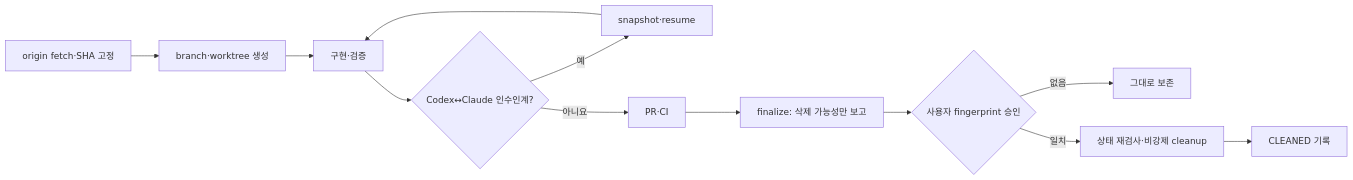
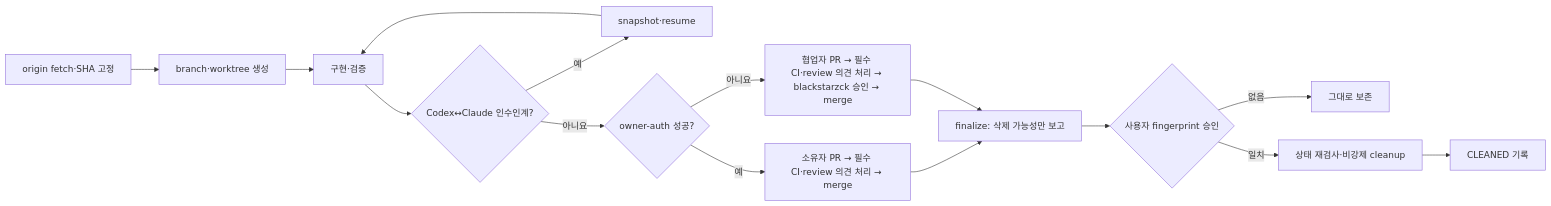
One commit to blackstarzck/topik-project-v13 changed the diagram in docs/qa/reports/2026-07-21-ai-development-pipeline-implementation.md. Above: the diagram before and after it, drawn with Mermaid. The commit also changed other lines of this file and 12 other files, not shown here.

````diff
--- a/docs/qa/reports/2026-07-21-ai-development-pipeline-implementation.md
+++ b/docs/qa/reports/2026-07-21-ai-development-pipeline-implementation.md
@@ -29,14 +32,17 @@
 ```mermaid
 flowchart LR
   A["origin fetch·SHA 고정"] --> B["branch·worktree 생성"]
   B --> C["구현·검증"]
   C --> D{"Codex↔Claude 인수인계?"}
   D -- 예 --> E["snapshot·resume"]
   E --> C
-  D -- 아니요 --> F["PR·CI"]
-  F --> G["finalize: 삭제 가능성만 보고"]
+  D -- 아니요 --> F{"owner-auth 성공?"}
+  F -- 예 --> M["소유자 PR → 필수 CI·review 의견 처리 → merge"]
+  F -- 아니요 --> N["협업자 PR → 필수 CI·review 의견 처리 → blackstarzck 승인 → merge"]
+  M --> G["finalize: 삭제 가능성만 보고"]
+  N --> G
   G --> H{"사용자 fingerprint 승인"}
   H -- 없음 --> I["그대로 보존"]
   H -- 일치 --> J["상태 재검사·비강제 cleanup"]
   J --> K["CLEANED 기록"]
 ```
````
